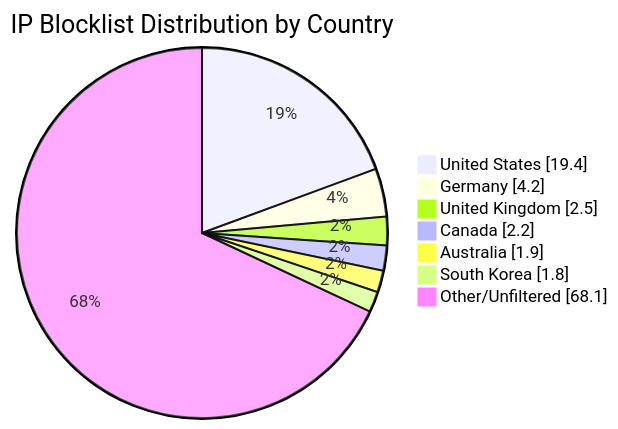
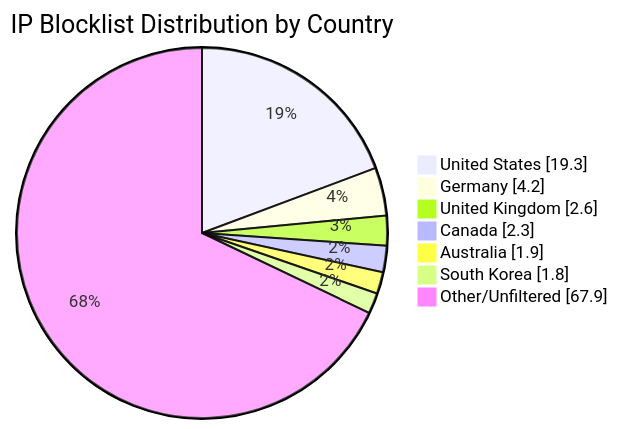
The diagram in README.md (MarcusHoltz/ipblocklist-geofiltered-aggregator), drawn with Mermaid before and after one commit. The commit also changed other lines of this file and 9 other files, not shown here.

````diff
--- a/README.md
+++ b/README.md
@@ -34,10 +34,10 @@
 ```mermaid
 pie showData title IP Blocklist Distribution by Country
-"United States" : 19.4
+"United States" : 19.3
 "Germany" : 4.2
-"United Kingdom" : 2.5
-"Canada" : 2.2
+"United Kingdom" : 2.6
+"Canada" : 2.3
 "Australia" : 1.9
 "South Korea" : 1.8
-"Other/Unfiltered" : 68.1
+"Other/Unfiltered" : 67.9
 ```
````
